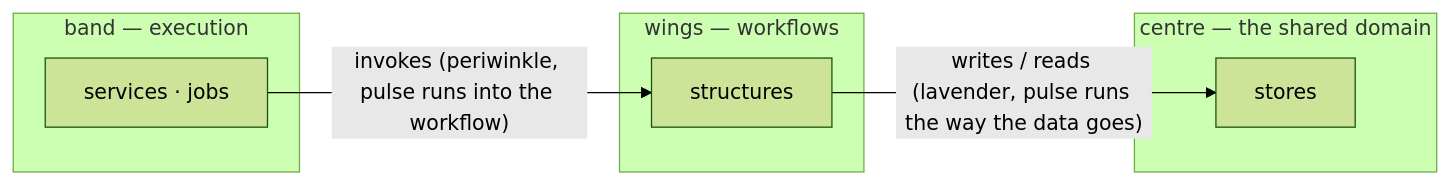
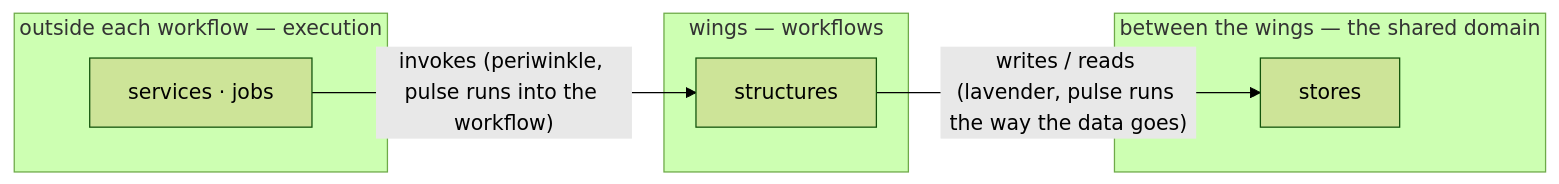
The diagram in docs/NEURAL_FACTORY_PLAN.md (batman1m2001-cyber/operonx-studio), drawn with Mermaid (forest theme) before and after one commit. The commit also changed other lines of this file and 6 other files, not shown here.

````diff
--- a/docs/NEURAL_FACTORY_PLAN.md
+++ b/docs/NEURAL_FACTORY_PLAN.md
@@ -65,14 +66,14 @@
 ```mermaid
 flowchart LR
-  subgraph centre["centre — the shared domain"]
+  subgraph centre["between the wings — the shared domain"]
     S[stores]
   end
-  subgraph band["band — execution"]
+  subgraph band["outside each workflow — execution"]
     D[services · jobs]
   end
   subgraph outside["wings — workflows"]
     W[structures]
   end
   D -- "invokes (periwinkle, pulse runs into the workflow)" --> W
   W -- "writes / reads (lavender, pulse runs the way the data goes)" --> S
 ```
````
